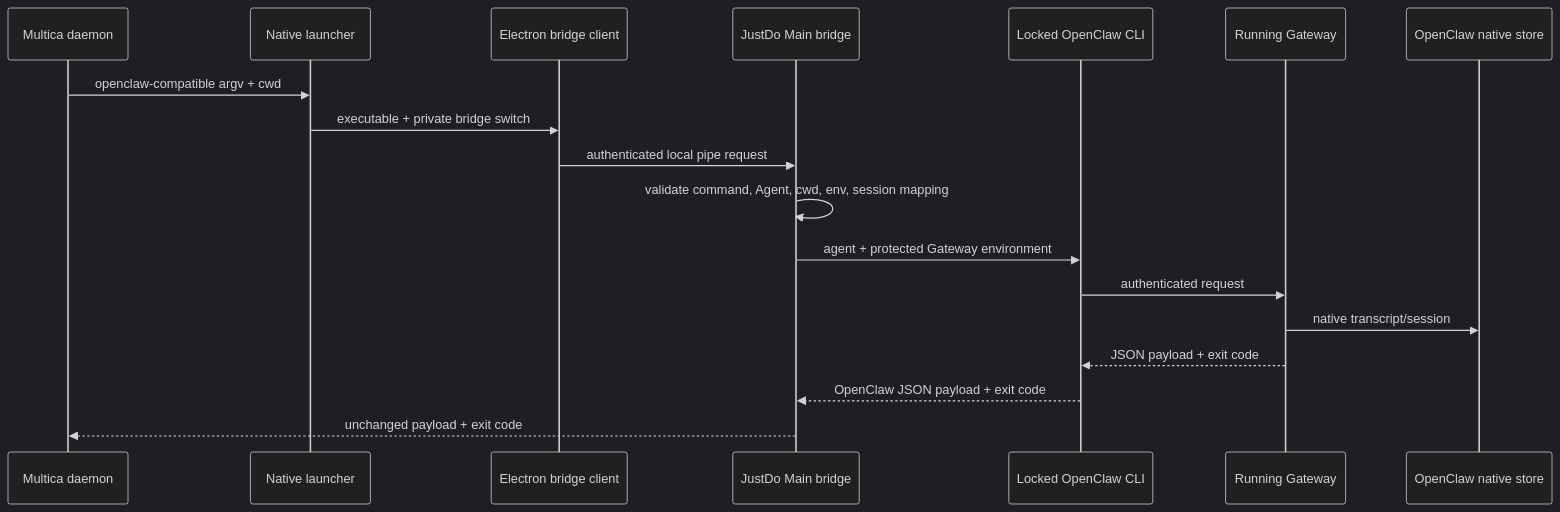
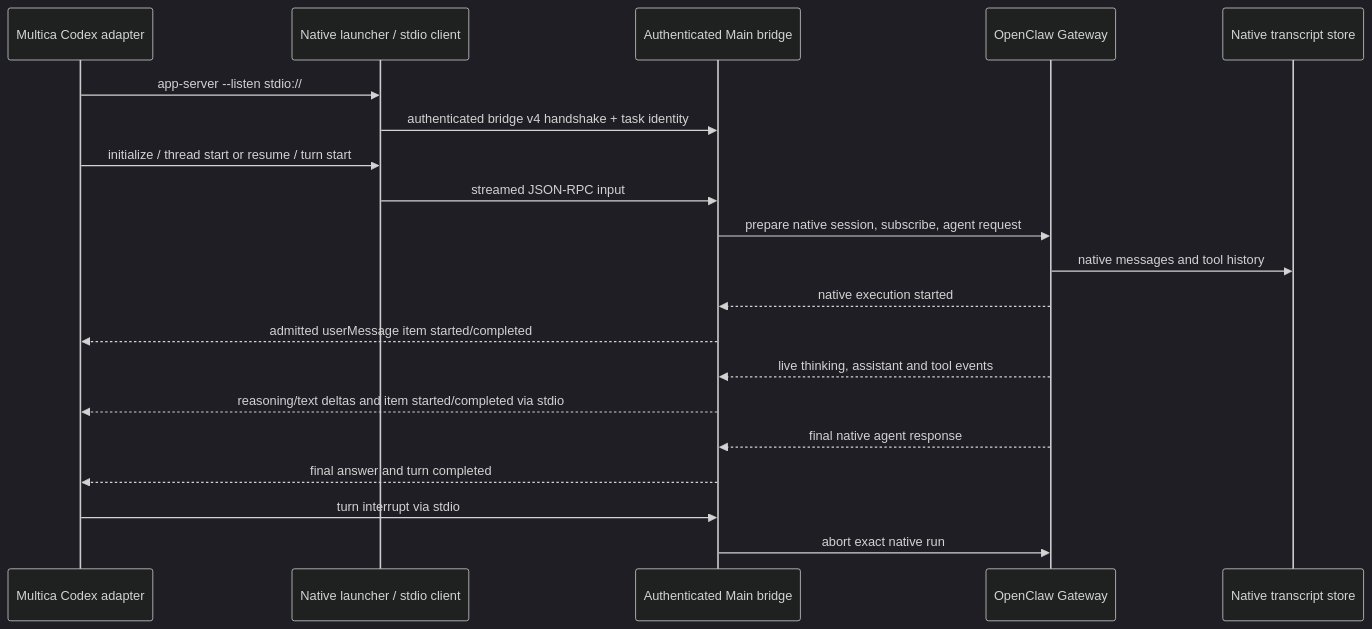
The diagram in docs/features/multica-integration.md (liangxhao/JustDo), drawn with Mermaid (dark theme) before and after one commit. The commit also changed other lines of this file and 32 other files, not shown here.

Commit message:
feat(multica): replace OpenClaw CLI with streaming Codex app-server

````diff
--- a/docs/features/multica-integration.md
+++ b/docs/features/multica-integration.md
@@ -28,20 +41,22 @@
 ```mermaid
 sequenceDiagram
-  participant M as Multica daemon
-  participant L as Native launcher
-  participant C as Electron bridge client
-  participant B as JustDo Main bridge
-  participant O as Locked OpenClaw CLI
-  participant G as Running Gateway
-  participant D as OpenClaw native store
-  M->>L: openclaw-compatible argv + cwd
-  L->>C: executable + private bridge switch
-  C->>B: authenticated local pipe request
-  B->>B: validate command, Agent, cwd, env, session mapping
-  B->>O: agent + protected Gateway environment
-  O->>G: authenticated request
-  G->>D: native transcript/session
-  G-->>O: JSON payload + exit code
-  O-->>B: OpenClaw JSON payload + exit code
-  B-->>M: unchanged payload + exit code
+  participant M as Multica Codex adapter
+  participant L as Native launcher / stdio client
+  participant B as Authenticated Main bridge
+  participant G as OpenClaw Gateway
+  participant D as Native transcript store
+  M->>L: app-server --listen stdio://
+  L->>B: authenticated bridge v4 handshake + task identity
+  M->>L: initialize / thread start or resume / turn start
+  L->>B: streamed JSON-RPC input
+  B->>G: prepare native session, subscribe, agent request
+  G->>D: native messages and tool history
+  G-->>B: native execution started
+  B-->>M: admitted userMessage item started/completed
+  G-->>B: live thinking, assistant and tool events
+  B-->>M: reasoning/text deltas and item started/completed via stdio
+  G-->>B: final native agent response
+  B-->>M: final answer and turn completed
+  M->>B: turn interrupt via stdio
+  B->>G: abort exact native run
 ```
````
